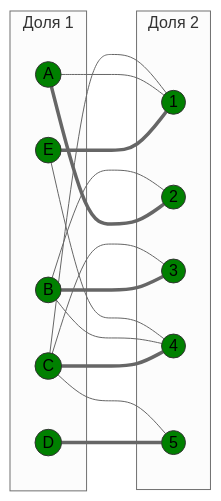
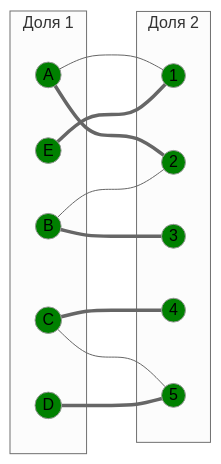
Diagram 15 of 16 in Задание 8/syndicate.md (algos-ris-24-3/manual-tasks), drawn with Mermaid (neutral theme) before and after one commit. The commit also changed other lines of this file, not shown here.

````diff
--- a/Задание 8/syndicate.md
+++ b/Задание 8/syndicate.md
@@ -565,44 +600,36 @@
 ```mermaid
 graph LR
     subgraph "Доля 1"
         A((A))
         B((B))
         C((C))
         D((D))
         E((E))
     end
     subgraph "Доля 2"
         1((1))
         2((2))
         3((3))
         4((4))
         5((5))
     end
-    
-    %% Ребра паросочетания
+    A --- 1
     A === 2
+    B --- 2
     B === 3
     C === 4
+    C --- 5
     D === 5
     E === 1
 
-    %% Остальные доступные нулевые ребра
-    A --- 1
-    B --- 2
-    B --- 4
-    C --- 1
-    C --- 3
-    C --- 5
-    E --- 4
-
-    style A fill:#008000,stroke:#333
-    style B fill:#008000,stroke:#333
-    style C fill:#008000,stroke:#333
-    style D fill:#008000,stroke:#333
-    style E fill:#008000,stroke:#333
-    style 1 fill:#008000,stroke:#333
-    style 2 fill:#008000,stroke:#333
-    style 3 fill:#008000,stroke:#333
-    style 4 fill:#008000,stroke:#333
-    style 5 fill:#008000,stroke:#333
+    style A fill:#008000
+    style B fill:#008000
+    style C fill:#008000
+    style D fill:#008000
+    style E fill:#008000
+    style 1 fill:#008000
+    style 2 fill:#008000
+    style 3 fill:#008000
+    style 4 fill:#008000
+    style 5 fill:#008000
 ```
````
